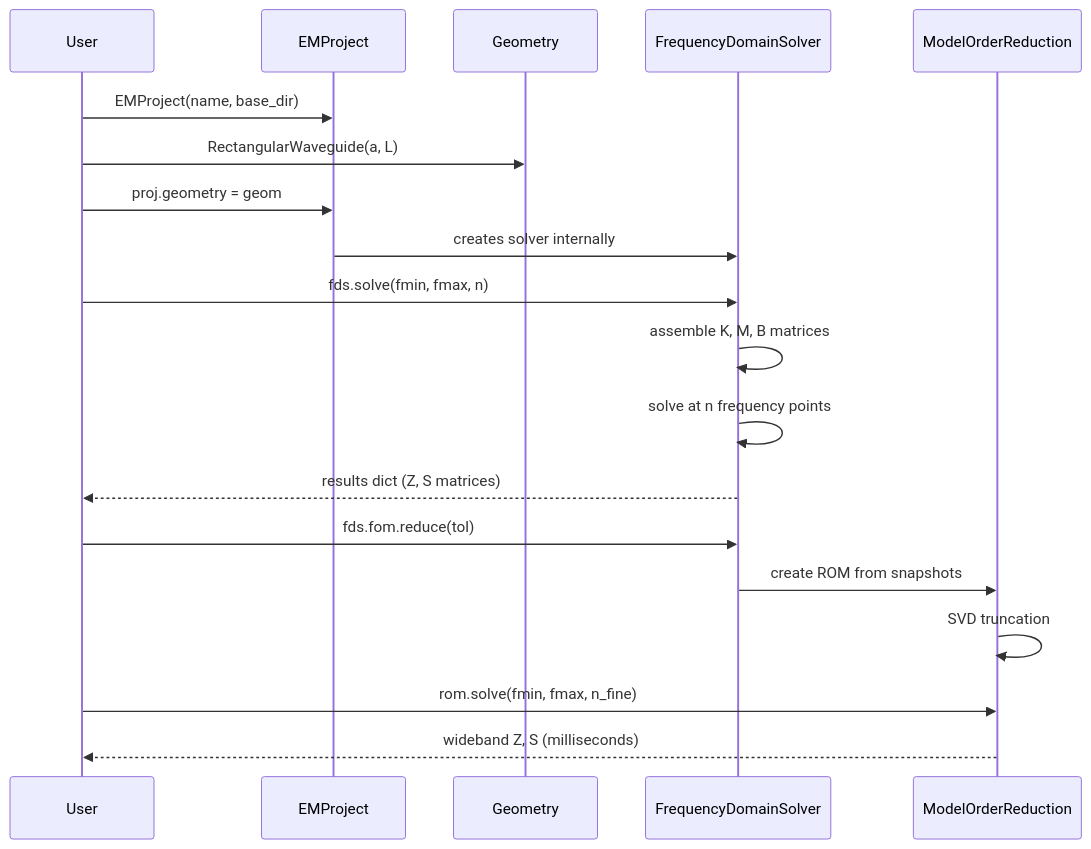
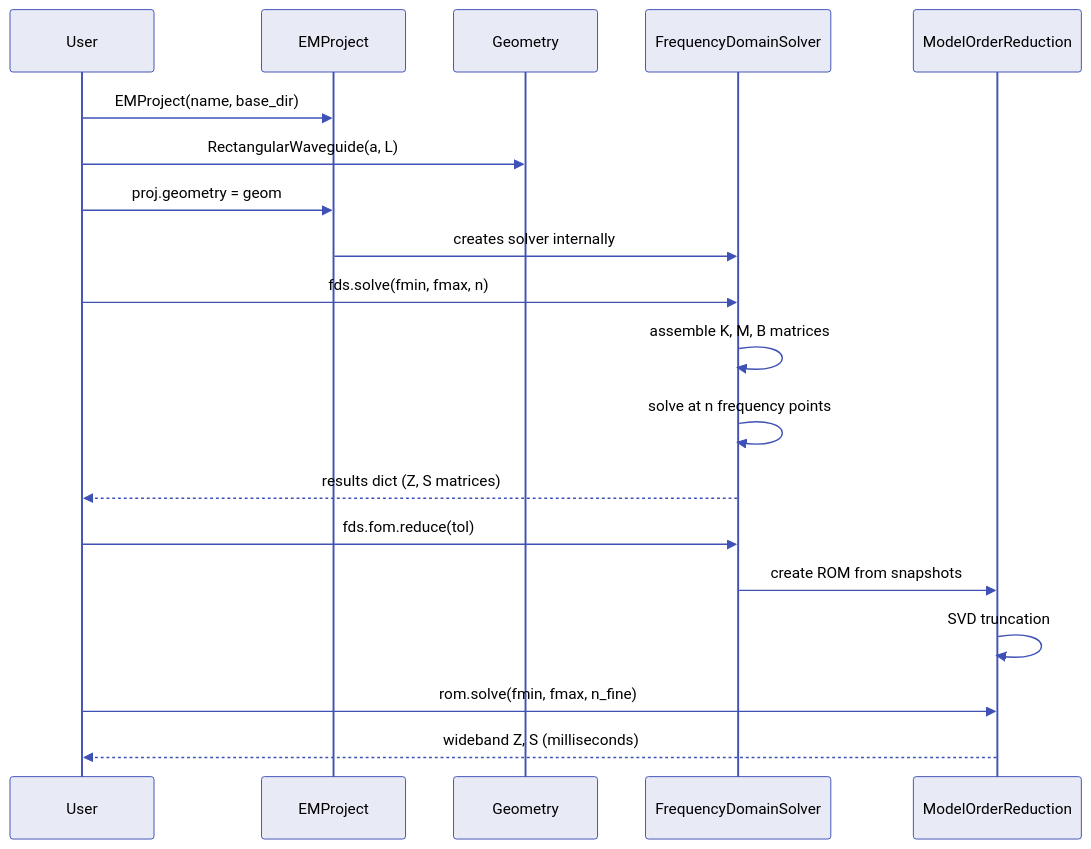
One commit to Dark-Elektron/cavsim3d changed the fifth of 6 diagrams in docs/architecture.md. Above: the diagram before and after it, drawn with Mermaid. The commit also changed other lines of this file and 41 other files, not shown here.

````diff
--- a/docs/architecture.md
+++ b/docs/architecture.md
@@ -123,22 +123,23 @@
 ```mermaid
+%%{init: {'theme': 'base', 'themeVariables': {'fontSize': '13px', 'actorBkg': '#e8eaf6', 'actorBorder': '#3f51b5', 'actorTextColor': '#000', 'signalColor': '#3f51b5', 'signalTextColor': '#000', 'labelBoxBkgColor': '#e8eaf6', 'labelBoxBorderColor': '#3f51b5', 'labelTextColor': '#000', 'loopTextColor': '#000', 'noteBkgColor': '#fff9c4', 'noteBorderColor': '#f9a825', 'noteTextColor': '#000', 'activationBkgColor': '#c5cae9', 'activationBorderColor': '#3f51b5', 'sequenceNumberColor': '#fff'}}}%%
 sequenceDiagram
     participant User
     participant EMProject
     participant Geometry
     participant FDS as FrequencyDomainSolver
     participant MOR as ModelOrderReduction
 
     User->>EMProject: EMProject(name, base_dir)
     User->>Geometry: RectangularWaveguide(a, L)
     User->>EMProject: proj.geometry = geom
     EMProject->>FDS: creates solver internally
     User->>FDS: fds.solve(fmin, fmax, n)
     FDS->>FDS: assemble K, M, B matrices
     FDS->>FDS: solve at n frequency points
     FDS-->>User: results dict (Z, S matrices)
     User->>FDS: fds.fom.reduce(tol)
     FDS->>MOR: create ROM from snapshots
     MOR->>MOR: SVD truncation
     User->>MOR: rom.solve(fmin, fmax, n_fine)
     MOR-->>User: wideband Z, S (milliseconds)
 ```
````
